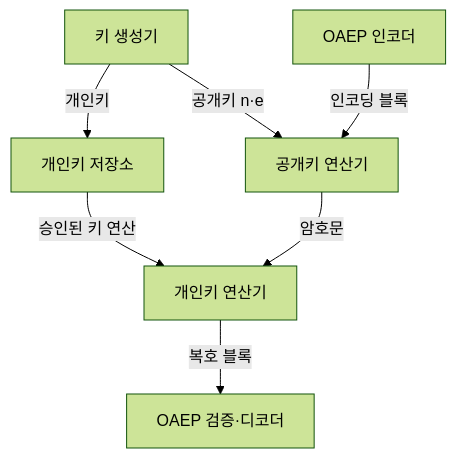
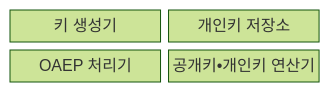
Before and after one commit to agnusdei1207/knowledge-base: the first of 2 diagrams in src/content/docs/notes/01-basic-theory/059_crypto_math_rsa.md, drawn with Mermaid (forest theme). The commit also changed other lines of this file and 20 other files, not shown here.

````diff
--- a/src/content/docs/notes/01-basic-theory/059_crypto_math_rsa.md
+++ b/src/content/docs/notes/01-basic-theory/059_crypto_math_rsa.md
@@ -81,9 +79,8 @@
 ```mermaid
-flowchart TB
-    G["키 생성기"] -->|"개인키"| S["개인키 저장소"]
-    G -->|"공개키 n·e"| X["공개키 연산기"]
-    S -->|"승인된 키 연산"| H["개인키 연산기"]
-    PE["OAEP 인코더"] -->|"인코딩 블록"| X
-    X -->|"암호문"| H
-    H -->|"복호 블록"| PD["OAEP 검증·디코더"]
+block
+    columns 2
+    G["키 생성기"]
+    S["개인키 저장소"]
+    O["OAEP 처리기"]
+    K["공개키•개인키 연산기"]
 ```
````
